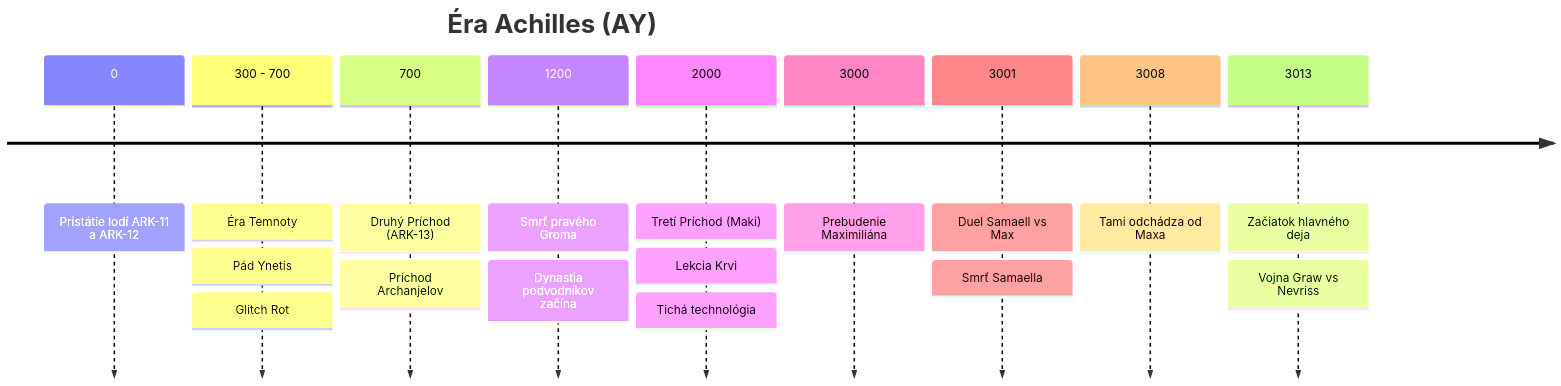
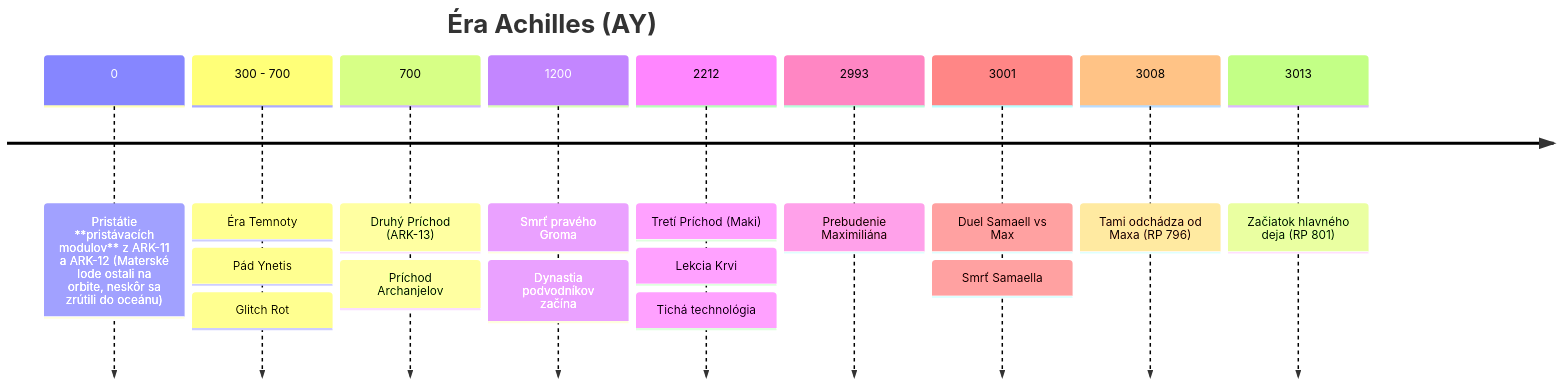
Before and after one commit to BranLang/null-void: the second of 2 diagrams in World-Bible/01-timeline.md, drawn with Mermaid. The commit also changed other lines of this file and 6 other files, not shown here.

````diff
--- a/World-Bible/01-timeline.md
+++ b/World-Bible/01-timeline.md
@@ -25,13 +25,13 @@
 ```mermaid
 timeline
     title Éra Achilles (AY)
-    0 : Pristátie lodí ARK-11 a ARK-12
+    0 : Pristátie **pristávacích modulov** z ARK-11 a ARK-12 (Materské lode ostali na orbite, neskôr sa zrútili do oceánu)
     300 - 700 : Éra Temnoty : Pád Ynetis : Glitch Rot
     700 : Druhý Príchod (ARK-13) : Príchod Archanjelov
     1200 : Smrť pravého Groma : Dynastia podvodníkov začína
-    2000 : Tretí Príchod (Maki) : Lekcia Krvi : Tichá technológia
-    3000 : Prebudenie Maximiliána
+    2212 : Tretí Príchod (Maki) : Lekcia Krvi : Tichá technológia
+    2993 : Prebudenie Maximiliána
     3001 : Duel Samaell vs Max : Smrť Samaella
-    3008 : Tami odchádza od Maxa
-    3013 : Začiatok hlavného deja : Vojna Graw vs Nevriss
+    3008 : Tami odchádza od Maxa (RP 796)
+    3013 : Začiatok hlavného deja (RP 801)
 ```
````
